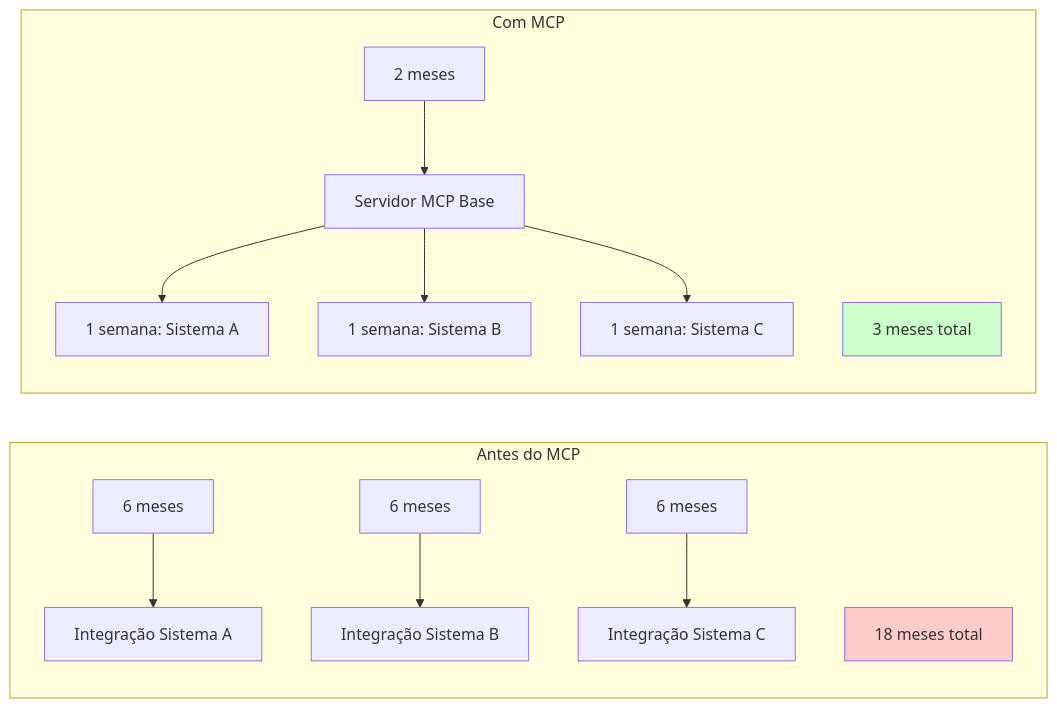
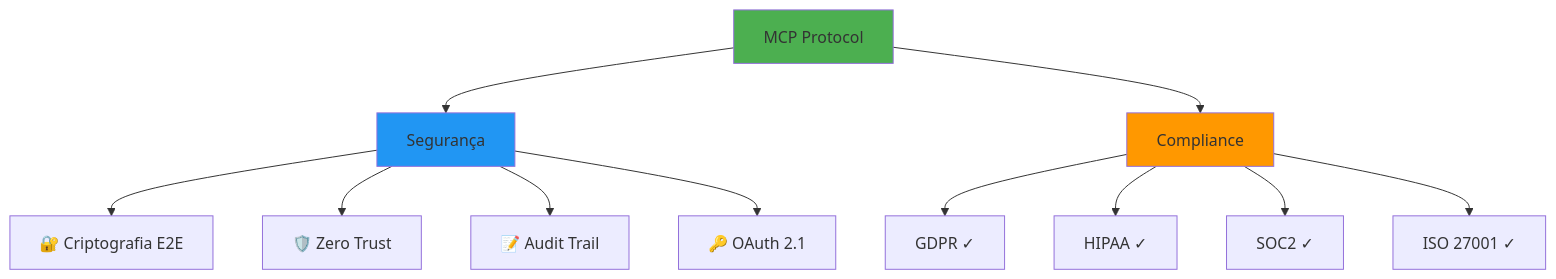
One commit to felipepimentel/my-public-notes changed diagram 14 of 20 in AI/Comunicação/MCP/00-mcp-presentation-zero to hero.md. Above: the diagram before and after it, drawn with Mermaid. The commit also changed other lines of this file, not shown here.

````diff
--- a/AI/Comunicação/MCP/00-mcp-presentation-zero to hero.md
+++ b/AI/Comunicação/MCP/00-mcp-presentation-zero to hero.md
@@ -421,20 +404,19 @@
 ```mermaid
-graph LR
-    subgraph "Antes do MCP"
-        A1[6 meses] --> A2[Integração Sistema A]
-        B1[6 meses] --> B2[Integração Sistema B]
-        C1[6 meses] --> C2[Integração Sistema C]
-        Total1[18 meses total]
-    end
+graph TD
+    MCP[MCP Protocol] --> SEC[Segurança]
+    MCP --> COMP[Compliance]
     
-    subgraph "Com MCP"
-        M1[2 meses] --> M2[Servidor MCP Base]
-        M2 --> S1[1 semana: Sistema A]
-        M2 --> S2[1 semana: Sistema B]
-        M2 --> S3[1 semana: Sistema C]
-        Total2[3 meses total]
-    end
+    SEC --> S1[🔐 Criptografia E2E]
+    SEC --> S2[🛡️ Zero Trust]
+    SEC --> S3[📝 Audit Trail]
+    SEC --> S4[🔑 OAuth 2.1]
     
-    style Total1 fill:#ffcccc
-    style Total2 fill:#ccffcc
+    COMP --> C1[GDPR ✓]
+    COMP --> C2[HIPAA ✓]
+    COMP --> C3[SOC2 ✓]
+    COMP --> C4[ISO 27001 ✓]
+    
+    style MCP fill:#4CAF50
+    style SEC fill:#2196F3
+    style COMP fill:#FF9800
 ```
````
